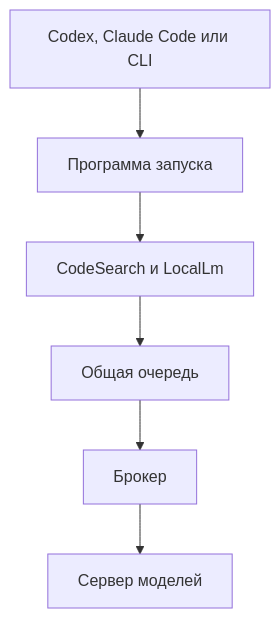
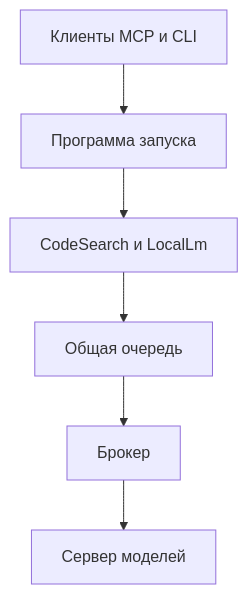
The first of 2 diagrams in docs/wiki/Architecture.ru.md (MrAliev/local-ai-toolkit), drawn with Mermaid before and after one commit. The commit also changed 19 other files, not shown here.

````diff
--- a/docs/wiki/Architecture.ru.md
+++ b/docs/wiki/Architecture.ru.md
@@ -9,8 +9,8 @@
 ```mermaid
 flowchart TB
-  clients["Codex, Claude Code или CLI"] --> launcher["Программа запуска"]
+  clients["Клиенты MCP и CLI"] --> launcher["Программа запуска"]
   launcher --> tools["CodeSearch и LocalLm"]
   tools --> queue["Общая очередь"]
   queue --> broker["Брокер"]
   broker --> models["Сервер моделей"]
 ```
````
